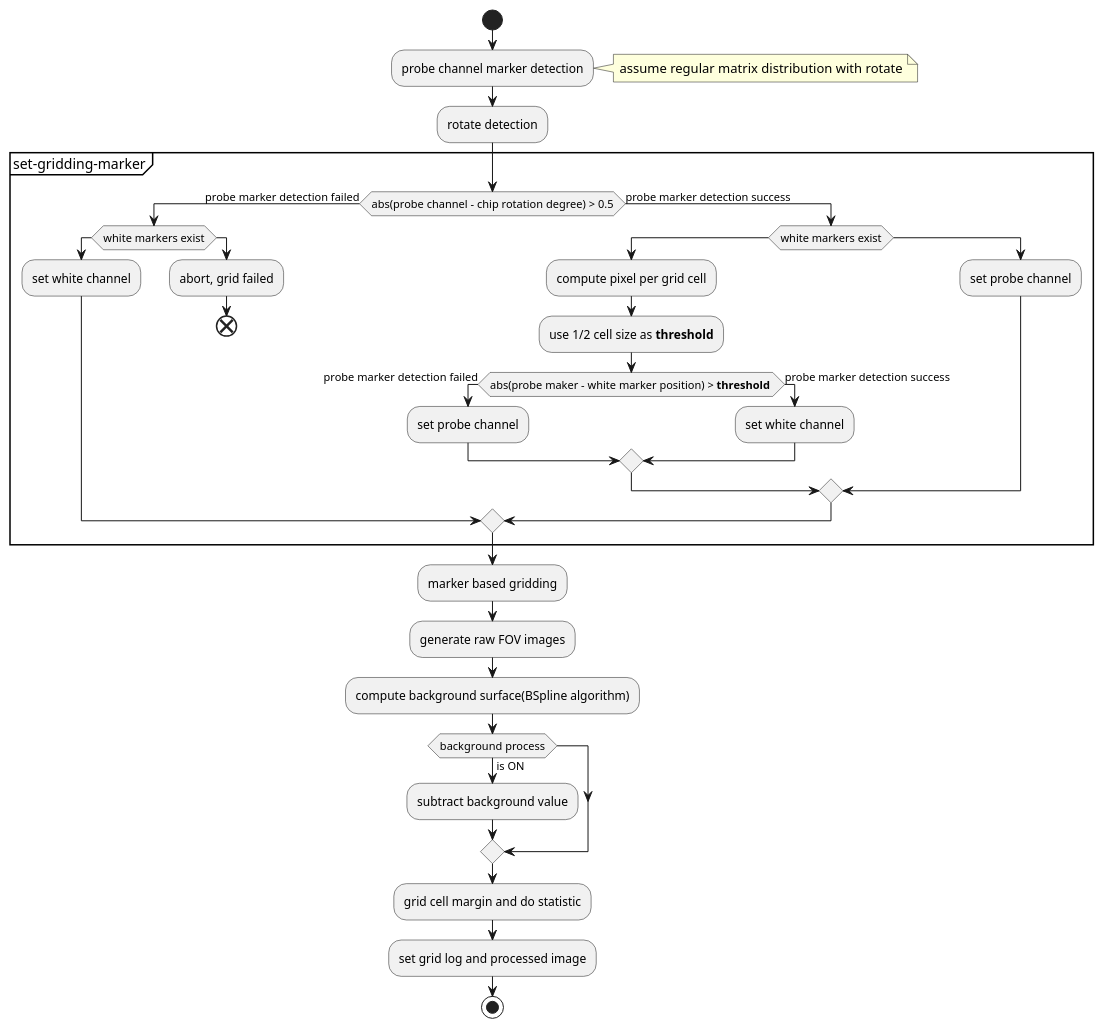
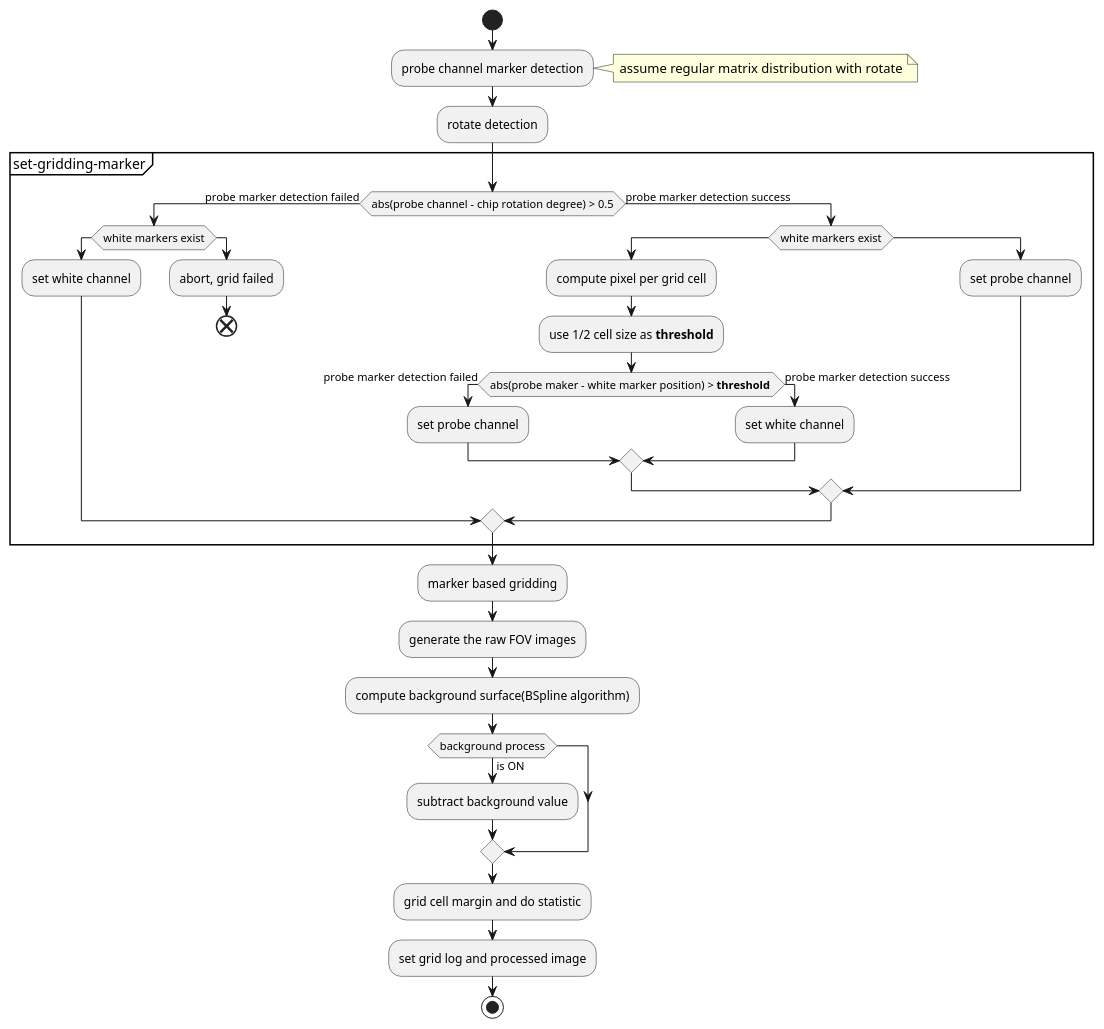
One commit to jeff665547/Project-Summit.Grid changed the seventh of 7 diagrams in doc/algorithm.md. Above: the diagram before and after it, drawn with PlantUML. The commit also changed other lines of this file and 7 other files, not shown here.

```diff
--- a/doc/algorithm.md
+++ b/doc/algorithm.md
@@ -220,40 +250,40 @@
 @startuml {fov-level-process.png}
 start
 :probe channel marker detection;
 note right
     assume regular matrix distribution with rotate
 end note
 :rotate detection;
 partition set-gridding-marker {
     if(abs(probe channel - chip rotation degree) > 0.5) then (probe marker detection failed)
         if(white markers exist) then
             :set white channel;
         else
             :abort, grid failed;
             end
         endif;
     else (probe marker detection success)
         if(white markers exist) then
             :compute pixel per grid cell;
             :use 1/2 cell size as **threshold**;
             if(abs(probe maker - white marker position) > **threshold** ) then (probe marker detection failed)
                 :set probe channel;
             else(probe marker detection success)
                 :set white channel;
             endif;
         else
             :set probe channel;
         endif;
     endif;
 }
 :marker based gridding;
-:generate raw FOV images;
+:generate the raw FOV images;
 :compute background surface(BSpline algorithm);
 if(background process) then (is ON)
     :subtract background value;
 endif;
 :grid cell margin and do statistic;
 :set grid log and processed image;
 
 stop
 @enduml
```
